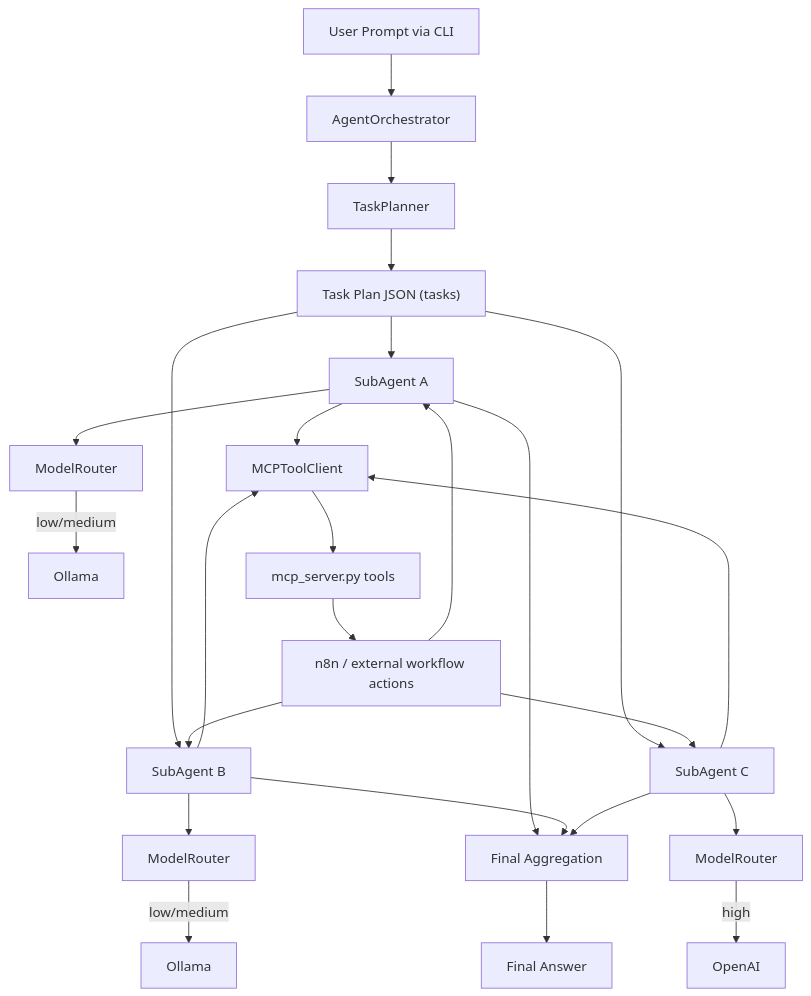
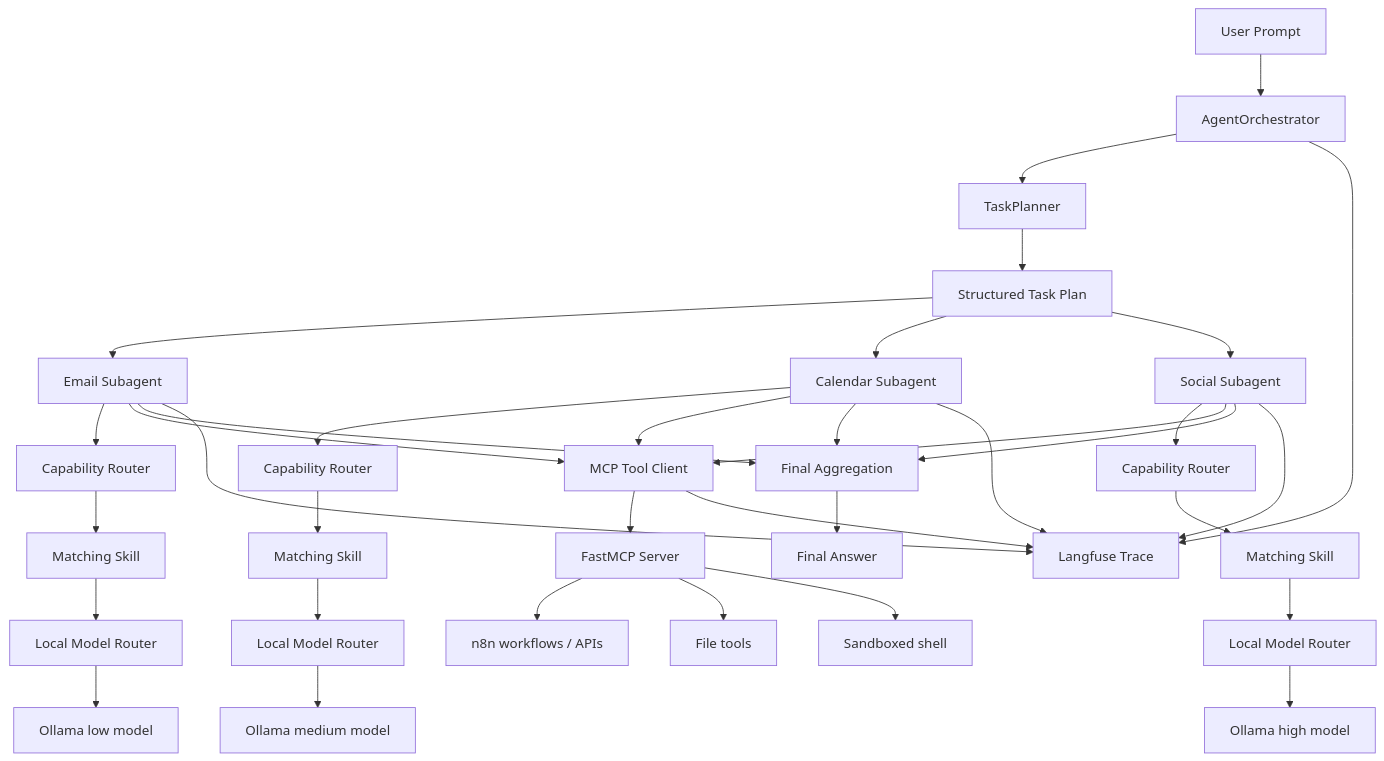
The diagram in README.md (adityas2410/ReAct_Agent), drawn with Mermaid before and after one commit. The commit also changed other lines of this file, not shown here.

Commit message:
Rewrite README for local-first agent architecture

````diff
--- a/README.md
+++ b/README.md
@@ -29,33 +34,46 @@
 ```mermaid
 flowchart TD
-    U[User Prompt via CLI] --> O[AgentOrchestrator]
+    U[User Prompt] --> O[AgentOrchestrator]
     O --> P[TaskPlanner]
-    P --> TP["Task Plan JSON (tasks)"]
+    P --> T[Structured Task Plan]
 
-    TP --> SA1[SubAgent A]
-    TP --> SA2[SubAgent B]
-    TP --> SA3[SubAgent C]
+    T --> SA1[Email Subagent]
+    T --> SA2[Calendar Subagent]
+    T --> SA3[Social Subagent]
 
-    SA1 --> MR1[ModelRouter]
-    SA2 --> MR2[ModelRouter]
-    SA3 --> MR3[ModelRouter]
+    SA1 --> CR1[Capability Router]
+    SA2 --> CR2[Capability Router]
+    SA3 --> CR3[Capability Router]
 
-    MR1 -->|low/medium| OL1[Ollama]
-    MR2 -->|low/medium| OL2[Ollama]
-    MR3 -->|high| OA1[OpenAI]
+    CR1 --> SK1[Matching Skill]
+    CR2 --> SK2[Matching Skill]
+    CR3 --> SK3[Matching Skill]
 
-    SA1 --> MCP[MCPToolClient]
+    SK1 --> MR1[Local Model Router]
+    SK2 --> MR2[Local Model Router]
+    SK3 --> MR3[Local Model Router]
+
+    MR1 --> OL1[Ollama low model]
+    MR2 --> OL2[Ollama medium model]
+    MR3 --> OL3[Ollama high model]
+
+    SA1 --> MCP[MCP Tool Client]
     SA2 --> MCP
     SA3 --> MCP
 
-    MCP --> MS[mcp_server.py tools]
-    MS --> WF[n8n / external workflow actions]
-    WF --> SA1
-    WF --> SA2
-    WF --> SA3
+    MCP --> MS[FastMCP Server]
+    MS --> N8N[n8n workflows / APIs]
+    MS --> FS[File tools]
+    MS --> SH[Sandboxed shell]
 
     SA1 --> AGG[Final Aggregation]
     SA2 --> AGG
     SA3 --> AGG
     AGG --> OUT[Final Answer]
+
+    O --> LF[Langfuse Trace]
+    SA1 --> LF
+    SA2 --> LF
+    SA3 --> LF
+    MCP --> LF
 ```
````
